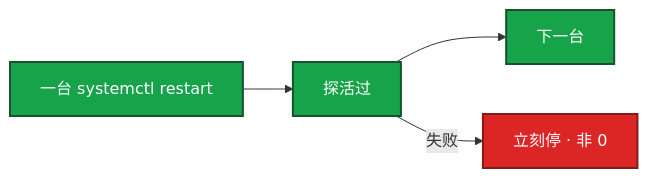
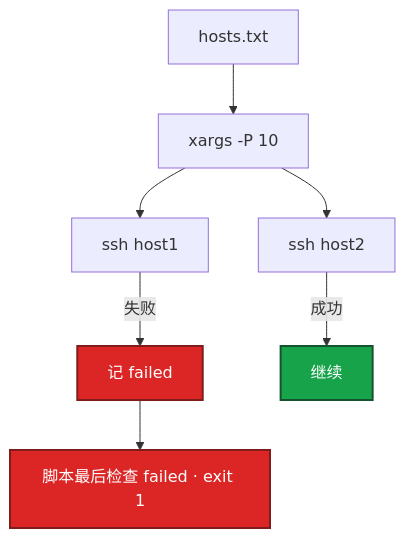
Before and after one commit to ml-cuizijun/LearnToLilith: the fourth of 5 diagrams in 06-开发能力/01-Shell/知识点.md, drawn with Mermaid. The commit also changed other lines of this file and 213 other files, not shown here.

````diff
--- a/06-开发能力/01-Shell/知识点.md
+++ b/06-开发能力/01-Shell/知识点.md
@@ -479,11 +344,14 @@
 ```mermaid
-flowchart LR
-    A[一台 systemctl restart] --> B[探活过]
-    B --> C[下一台]
-    B -->|失败| D[立刻停 · 非 0]
+flowchart TB
+    H[hosts.txt] --> X[xargs -P 10]
+    X --> S1[ssh host1]
+    X --> S2[ssh host2]
+    S1 -->|失败| F[记 failed]
+    S2 -->|成功| OK[继续]
+    F --> R[脚本最后检查 failed · exit 1]
 
     classDef ok fill:#16A34A,stroke:#14532D,stroke-width:2px,color:#fff
     classDef bad fill:#DC2626,stroke:#7F1D1D,stroke-width:2px,color:#fff
-    class A,B,C ok
-    class D bad
+    class F,R bad
+    class OK ok
 ```
````
